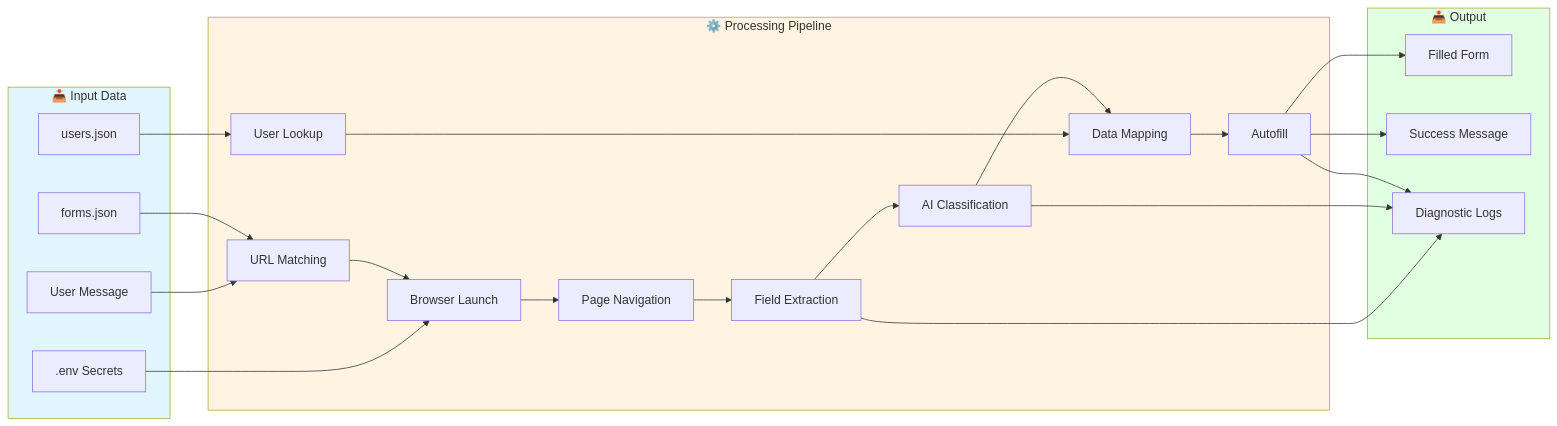
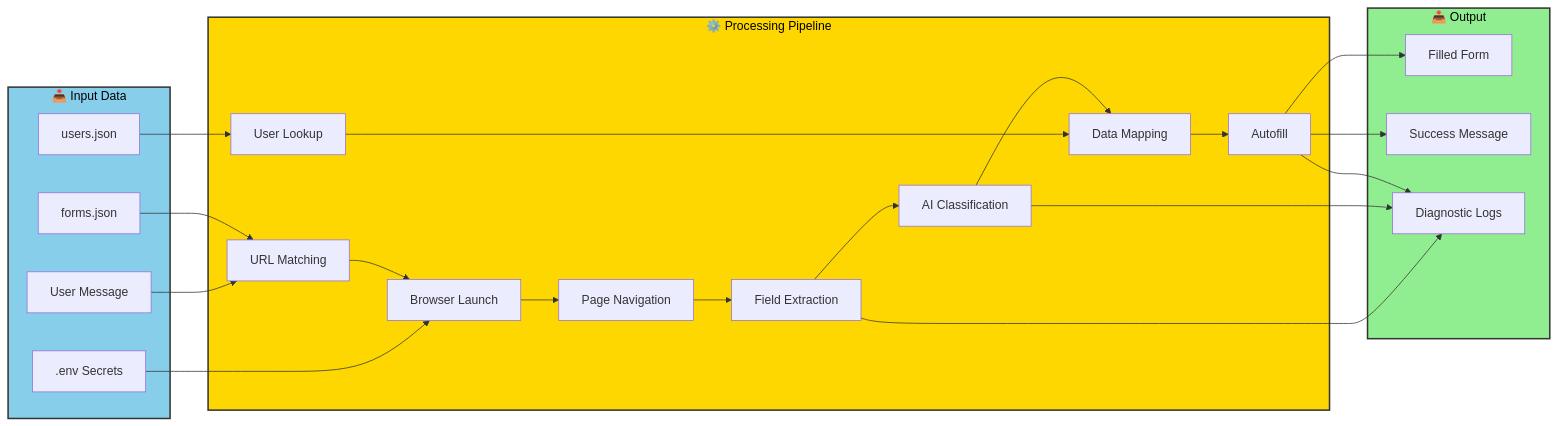
One commit to Buck-Beak/Form_Filler changed the third of 9 diagrams in ARCHITECTURE_DIAGRAM.md. Above: the diagram before and after it, drawn with Mermaid. The commit also changed other lines of this file, not shown here.

````diff
--- a/ARCHITECTURE_DIAGRAM.md
+++ b/ARCHITECTURE_DIAGRAM.md
@@ -182,49 +182,49 @@
 ```mermaid
 flowchart LR
     subgraph INPUT["📥 Input Data"]
         A1[User Message]
         A2[forms.json]
         A3[users.json]
         A4[.env Secrets]
     end
     
     subgraph PROCESSING["⚙️ Processing Pipeline"]
         B1[URL Matching]
         B2[User Lookup]
         B3[Browser Launch]
         B4[Page Navigation]
         B5[Field Extraction]
         B6[AI Classification]
         B7[Data Mapping]
         B8[Autofill]
     end
     
     subgraph OUTPUT["📤 Output"]
         C1[Filled Form]
         C2[Success Message]
         C3[Diagnostic Logs]
     end
     
     A1 --> B1
     A2 --> B1
     A3 --> B2
     A4 --> B3
     
     B1 --> B3
     B2 --> B7
     B3 --> B4
     B4 --> B5
     B5 --> B6
     B6 --> B7
     B7 --> B8
     
     B8 --> C1
     B8 --> C2
     B5 --> C3
     B6 --> C3
     B8 --> C3
     
-    style INPUT fill:#e1f5ff
-    style PROCESSING fill:#fff4e1
-    style OUTPUT fill:#e1ffe1
+    style INPUT fill:#87ceeb,stroke:#333,stroke-width:2px,color:#000
+    style PROCESSING fill:#ffd700,stroke:#333,stroke-width:2px,color:#000
+    style OUTPUT fill:#90ee90,stroke:#333,stroke-width:2px,color:#000
 ```
````
